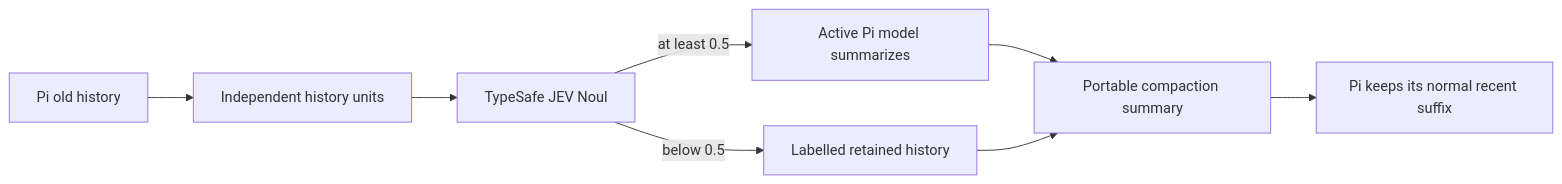
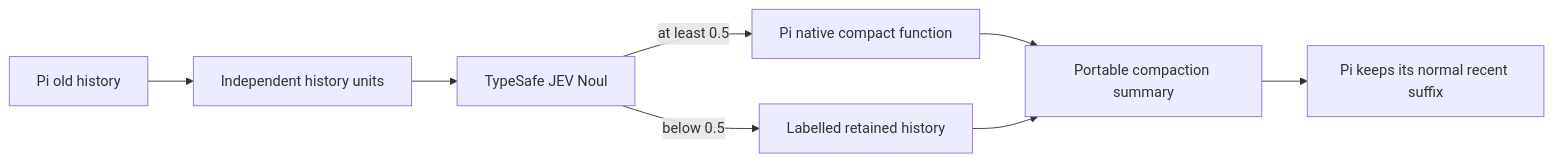
The diagram in packages/pi-jev-compact/README.md (HangxiangMa/pi-extensions), drawn with Mermaid before and after one commit. The commit also changed other lines of this file and 5 other files, not shown here.

Commit message:
refactor(jev-compact): use Pi native compact

````diff
--- a/packages/pi-jev-compact/README.md
+++ b/packages/pi-jev-compact/README.md
@@ -57,10 +57,10 @@
 ```mermaid
 flowchart LR
     A[Pi old history] --> B[Independent history units]
     B --> C[TypeSafe JEV Noul]
-    C -->|at least 0.5| D[Active Pi model summarizes]
+    C -->|at least 0.5| D[Pi native compact function]
     C -->|below 0.5| E[Labelled retained history]
     D --> F[Portable compaction summary]
     E --> F
     F --> G[Pi keeps its normal recent suffix]
 ```
````
